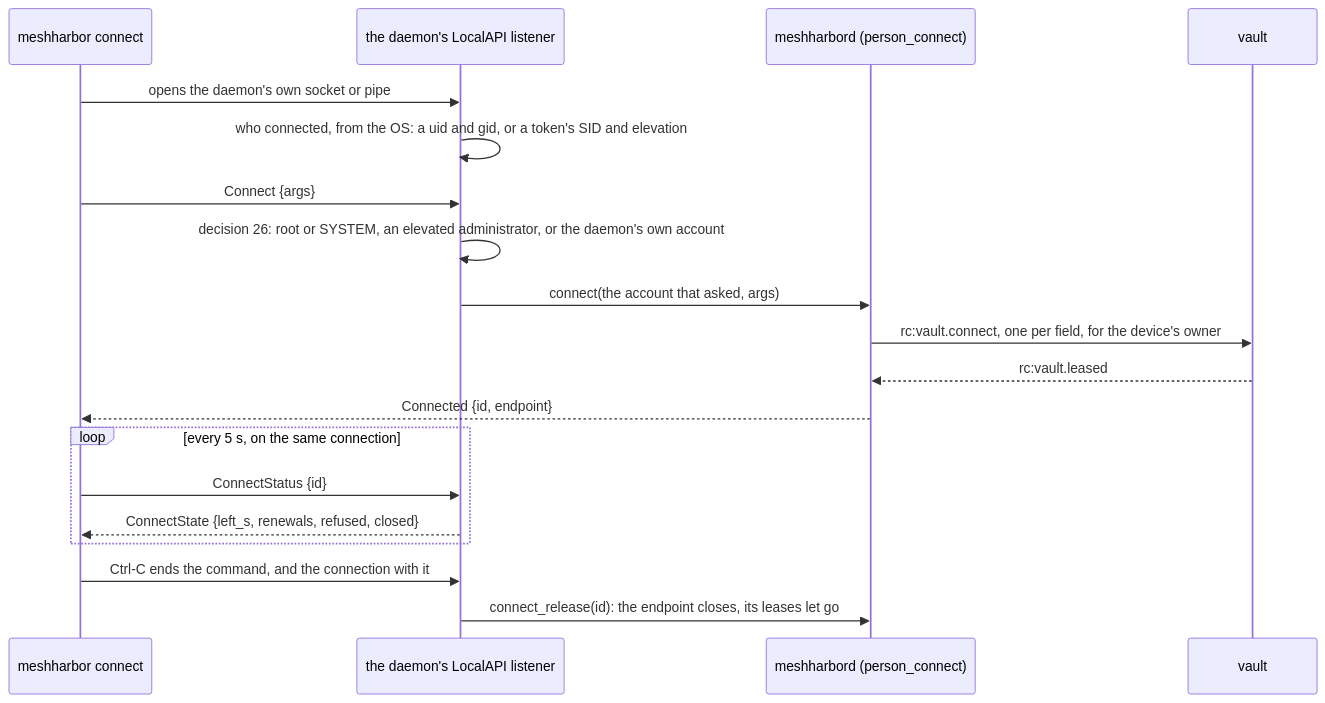
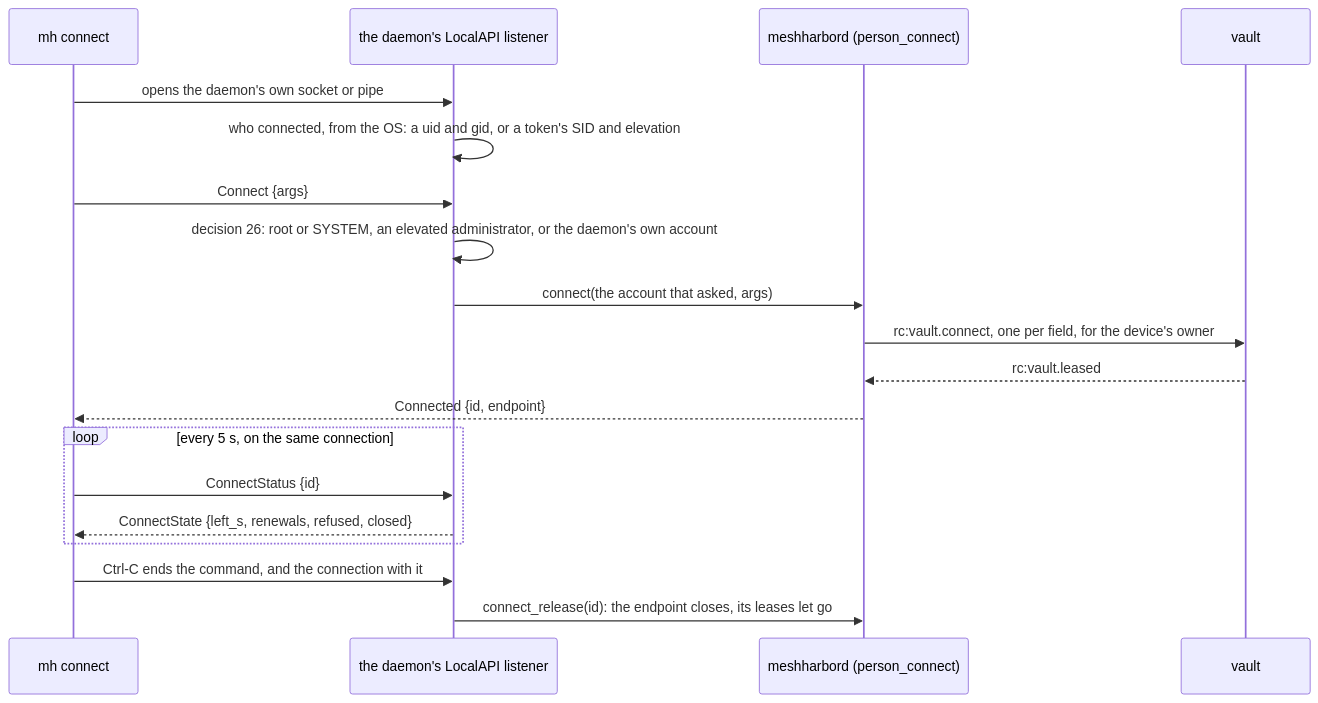
One commit to jk-zhang-meta/MeshHarbor changed diagram 31 of 31 in docs/vault.md. Above: the diagram before and after it, drawn with Mermaid. The commit also changed other lines of this file and 323 other files, not shown here.

````diff
--- a/docs/vault.md
+++ b/docs/vault.md
@@ -2293,21 +2293,21 @@
 ```mermaid
 sequenceDiagram
-    participant P as meshharbor connect
+    participant P as mh connect
     participant L as the daemon's LocalAPI listener
     participant D as meshharbord (person_connect)
     participant V as vault
     P->>L: opens the daemon's own socket or pipe
     L->>L: who connected, from the OS: a uid and gid, or a token's SID and elevation
     P->>L: Connect {args}
     L->>L: decision 26: root or SYSTEM, an elevated administrator, or the daemon's own account
     L->>D: connect(the account that asked, args)
     D->>V: rc:vault.connect, one per field, for the device's owner
     V-->>D: rc:vault.leased
     D-->>P: Connected {id, endpoint}
     loop every 5 s, on the same connection
         P->>L: ConnectStatus {id}
         L-->>P: ConnectState {left_s, renewals, refused, closed}
     end
     P->>L: Ctrl-C ends the command, and the connection with it
     L->>D: connect_release(id): the endpoint closes, its leases let go
 ```
````
